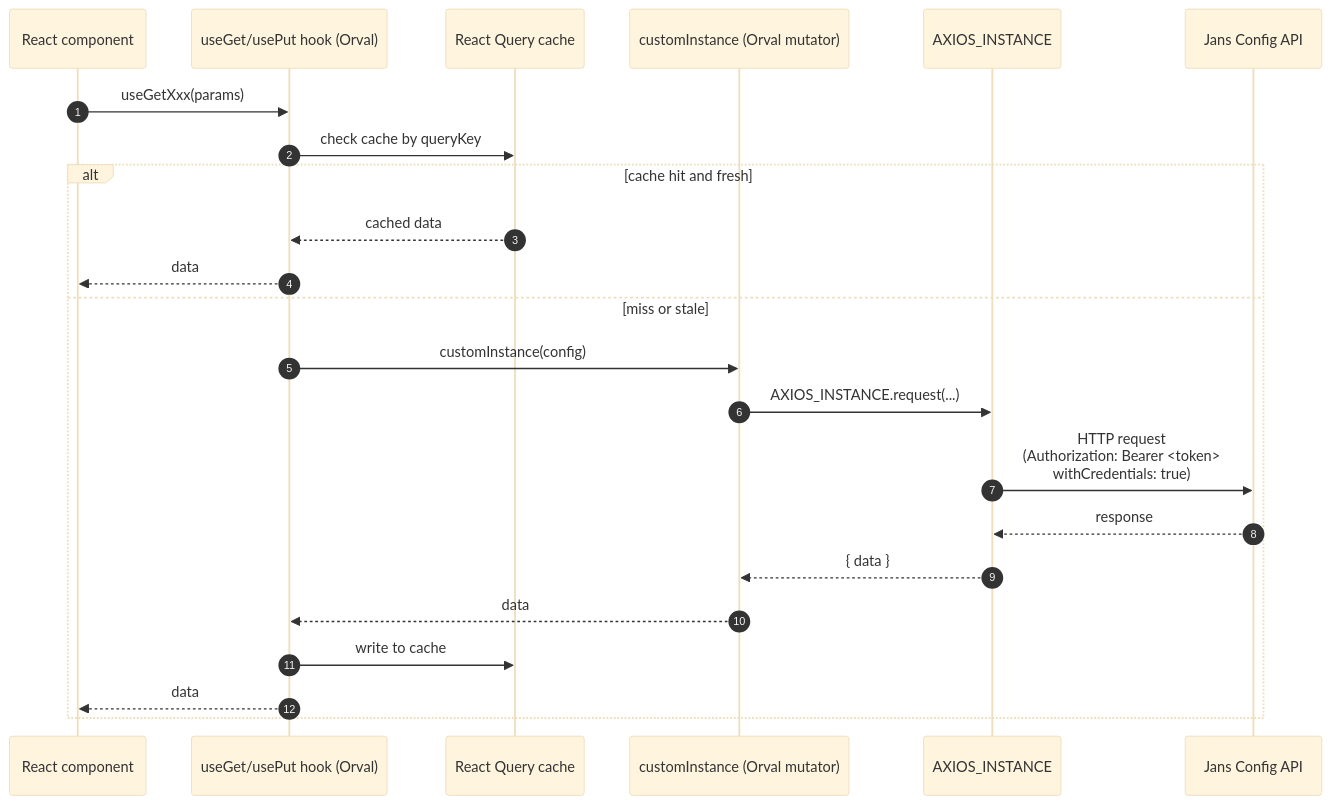
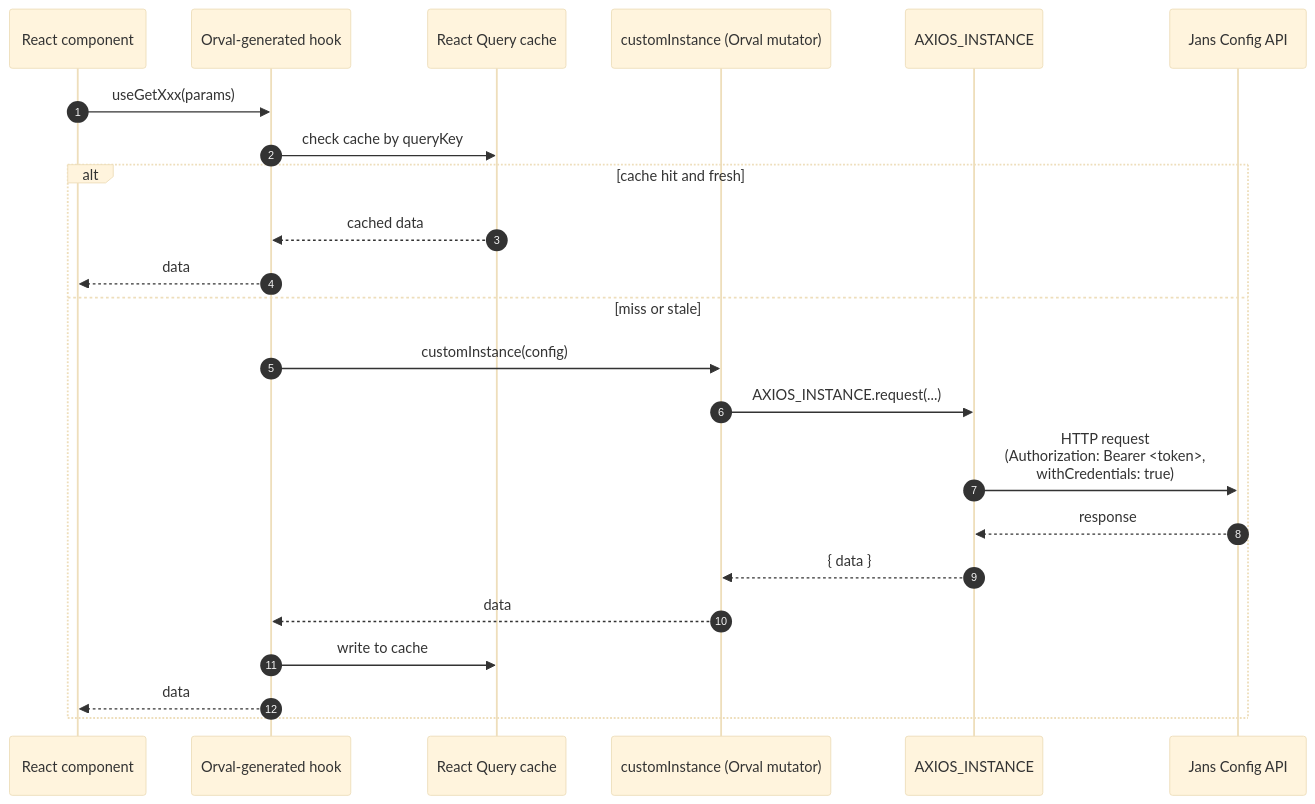
Before and after one commit to GluuFederation/flex: the diagram in admin-ui/docs/config-api.md, drawn with Mermaid (base theme). The commit also changed other lines of this file and 10 other files, not shown here.

````diff
--- a/admin-ui/docs/config-api.md
+++ b/admin-ui/docs/config-api.md
@@ -21,26 +21,26 @@
 ```mermaid
 sequenceDiagram
     autonumber
     participant Comp as React component
-    participant Hook as useGet/usePut hook (Orval)
+    participant Hook as Orval-generated hook
     participant RQ as React Query cache
     participant Mutator as customInstance (Orval mutator)
     participant Axios as AXIOS_INSTANCE
     participant API as Jans Config API
 
     Comp->>Hook: useGetXxx(params)
     Hook->>RQ: check cache by queryKey
     alt cache hit and fresh
         RQ-->>Hook: cached data
         Hook-->>Comp: data
     else miss or stale
         Hook->>Mutator: customInstance(config)
         Mutator->>Axios: AXIOS_INSTANCE.request(...)
-        Axios->>API: HTTP request<br/>(Authorization: Bearer <token><br/>withCredentials: true)
+        Axios->>API: HTTP request<br/>(Authorization: Bearer <token>,<br/>withCredentials: true)
         API-->>Axios: response
         Axios-->>Mutator: { data }
         Mutator-->>Hook: data
         Hook->>RQ: write to cache
         Hook-->>Comp: data
     end
 ```
````
